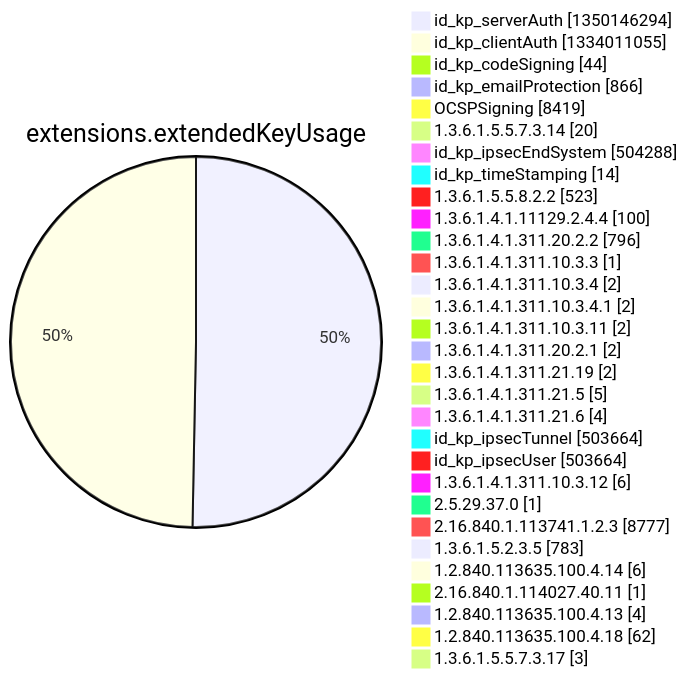
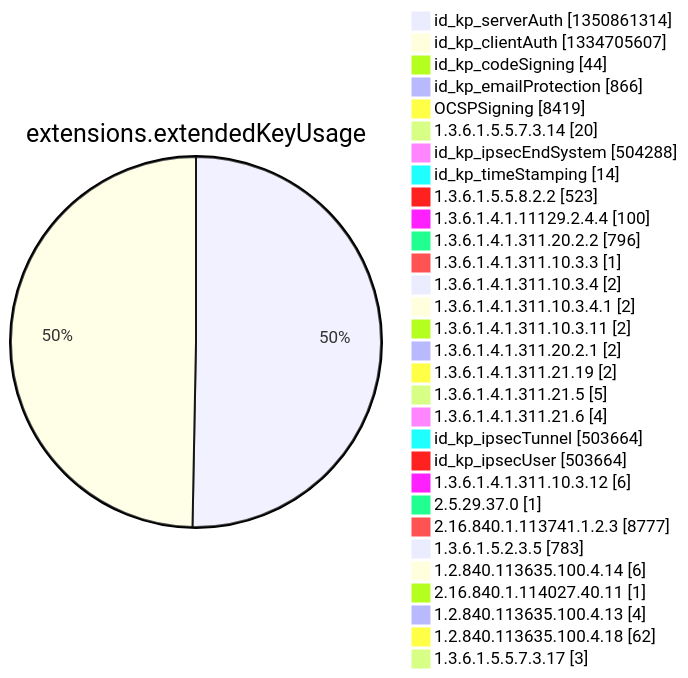
Diagram 12 of 15 in argon2022/README.md (christiankrug/ctmonitor_visualization), drawn with Mermaid before and after one commit. The commit also changed other lines of this file, not shown here.

````diff
--- a/argon2022/README.md
+++ b/argon2022/README.md
@@ -3553,34 +3553,34 @@
 ```mermaid
 pie showData
 title extensions.extendedKeyUsage
-"id_kp_serverAuth" :1350146294
-"id_kp_clientAuth" :1334011055
+"id_kp_serverAuth" :1350861314
+"id_kp_clientAuth" :1334705607
 "id_kp_codeSigning" :44
 "id_kp_emailProtection" :866
 "OCSPSigning" :8419
 "1.3.6.1.5.5.7.3.14" :20
 "id_kp_ipsecEndSystem" :504288
 "id_kp_timeStamping" :14
 "1.3.6.1.5.5.8.2.2" :523
 "1.3.6.1.4.1.11129.2.4.4" :100
 "1.3.6.1.4.1.311.20.2.2" :796
 "1.3.6.1.4.1.311.10.3.3" :1
 "1.3.6.1.4.1.311.10.3.4" :2
 "1.3.6.1.4.1.311.10.3.4.1" :2
 "1.3.6.1.4.1.311.10.3.11" :2
 "1.3.6.1.4.1.311.20.2.1" :2
 "1.3.6.1.4.1.311.21.19" :2
 "1.3.6.1.4.1.311.21.5" :5
 "1.3.6.1.4.1.311.21.6" :4
 "id_kp_ipsecTunnel" :503664
 "id_kp_ipsecUser" :503664
 "1.3.6.1.4.1.311.10.3.12" :6
 "2.5.29.37.0" :1
 "2.16.840.1.113741.1.2.3" :8777
 "1.3.6.1.5.2.3.5" :783
 "1.2.840.113635.100.4.14" :6
 "2.16.840.1.114027.40.11" :1
 "1.2.840.113635.100.4.13" :4
 "1.2.840.113635.100.4.18" :62
 "1.3.6.1.5.5.7.3.17" :3
 ```
````
